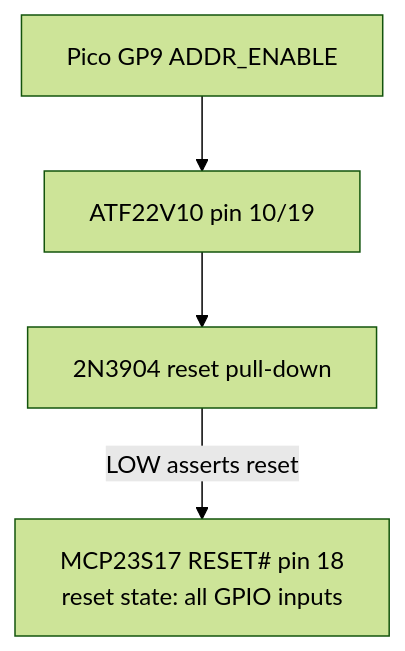
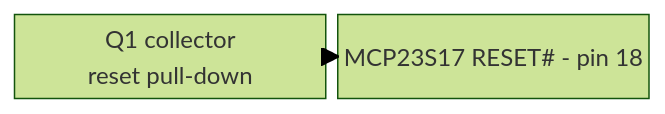
Before and after one commit to gloveboxes/Z80ROMlessSBC: the seventh of 11 diagrams in docs/docs/en/hardware/address-interface.md, drawn with Mermaid (forest theme). The commit also changed other lines of this file and 28 other files, not shown here.

````diff
--- a/docs/docs/en/hardware/address-interface.md
+++ b/docs/docs/en/hardware/address-interface.md
@@ -49,6 +83,6 @@
 ```mermaid
-flowchart TB
-  PICO["Pico GP9 ADDR_ENABLE"] --> GAL["ATF22V10 pin 10/19"]
-  GAL --> Q1["2N3904 reset pull-down"]
-  Q1 -->|"LOW asserts reset"| MCP["MCP23S17 RESET# pin 18<br/>reset state: all GPIO inputs"]
+block-beta
+  columns 2
+  Q1["Q1 collector<br/>reset pull-down"] MRST["MCP23S17 RESET# - pin 18"]
+  Q1 --> MRST
 ```
````
